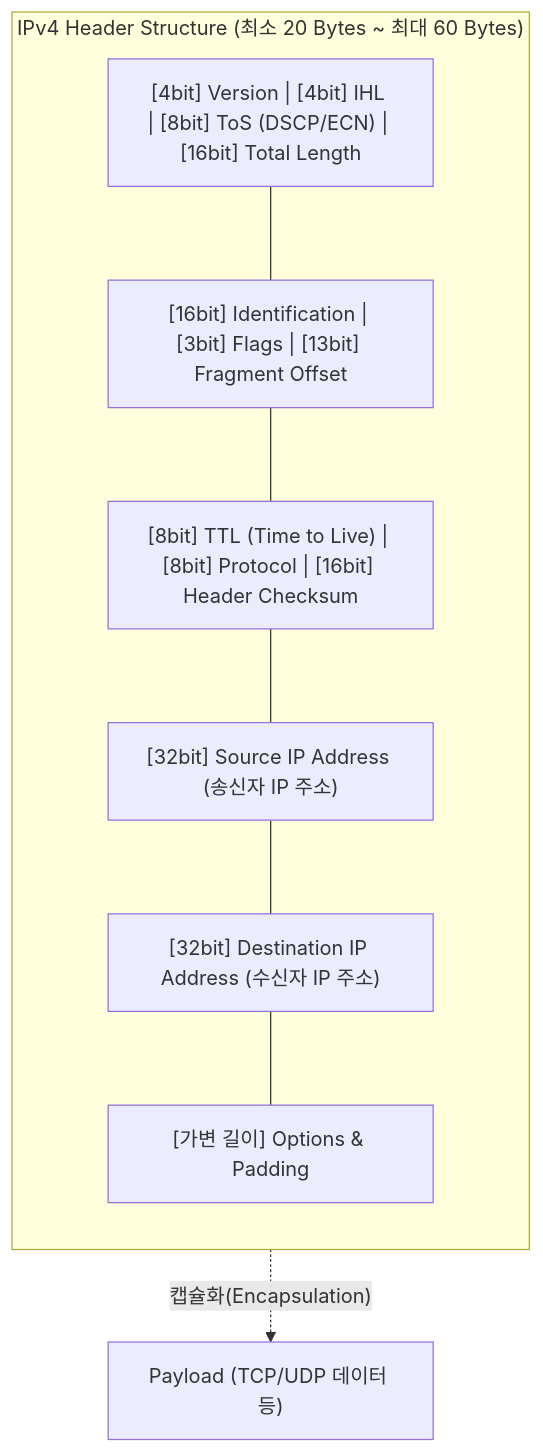
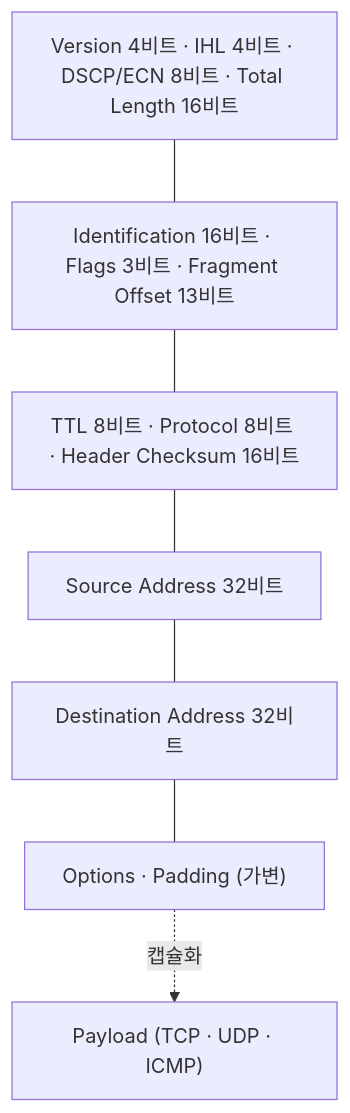
One commit to supremethumb/supremethumb.github.io changed the diagram in content/01_IT Tech/IPv4.md. Above: the diagram before and after it, drawn with Mermaid. The commit also changed other lines of this file and 1087 other files, not shown here.

````diff
--- a/content/01_IT Tech/IPv4.md
+++ b/content/01_IT Tech/IPv4.md
@@ -27,19 +35,11 @@
 ```mermaid
 flowchart TD
-    subgraph "IPv4 Header Structure (최소 20 Bytes ~ 최대 60 Bytes)"
-        direction TB
-        Row1["[4bit] Version | [4bit] IHL | [8bit] ToS (DSCP/ECN) | [16bit] Total Length"]
-        Row2["[16bit] Identification | [3bit] Flags | [13bit] Fragment Offset"]
-        Row3["[8bit] TTL (Time to Live) | [8bit] Protocol | [16bit] Header Checksum"]
-        Row4["[32bit] Source IP Address (송신자 IP 주소)"]
-        Row5["[32bit] Destination IP Address (수신자 IP 주소)"]
-        Row6["[가변 길이] Options & Padding"]
-        
-        Row1 --- Row2 --- Row3 --- Row4 --- Row5 --- Row6
-    end
-    
-    Data["Payload (TCP/UDP 데이터 등)"]
-    
-    Row6 -. "캡슐화(Encapsulation)" .-> Data
-
+    R1["Version 4비트 · IHL 4비트 · DSCP/ECN 8비트 · Total Length 16비트"]
+    R2["Identification 16비트 · Flags 3비트 · Fragment Offset 13비트"]
+    R3["TTL 8비트 · Protocol 8비트 · Header Checksum 16비트"]
+    R4["Source Address 32비트"]
+    R5["Destination Address 32비트"]
+    R6["Options · Padding (가변)"]
+    R1 --- R2 --- R3 --- R4 --- R5 --- R6
+    R6 -. "캡슐화" .-> D["Payload (TCP · UDP · ICMP)"]
 ```
````
